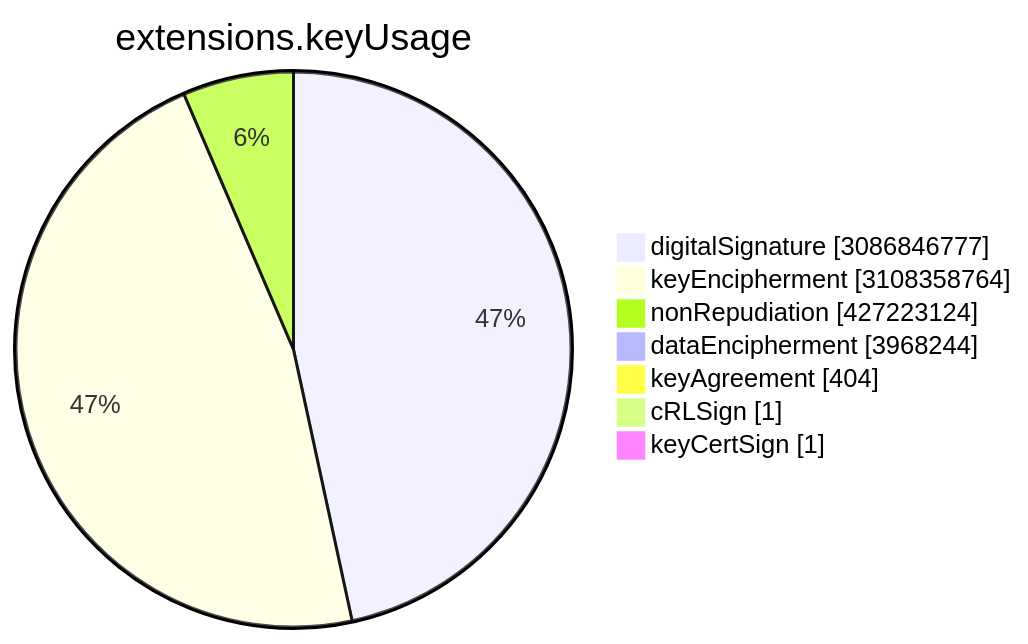
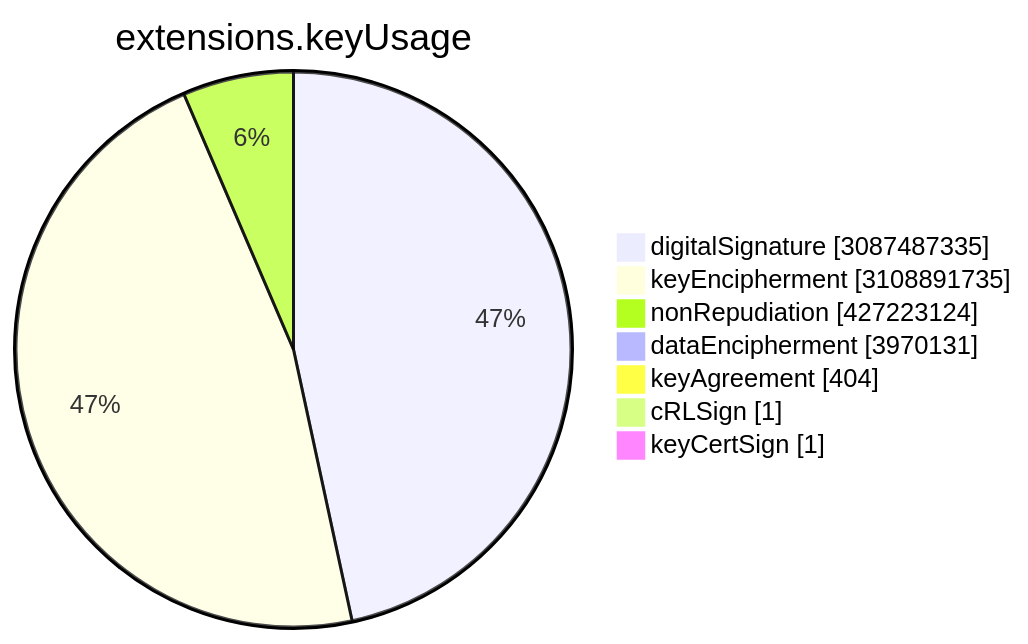
The sixth of 15 diagrams in TOTAL/README.md (christiankrug/ctmonitor_visualization), drawn with Mermaid before and after one commit. The commit also changed other lines of this file, not shown here.

````diff
--- a/TOTAL/README.md
+++ b/TOTAL/README.md
@@ -3077,11 +3077,11 @@
 ```mermaid
 pie showData
 title extensions.keyUsage
-"digitalSignature" :3086846777
-"keyEncipherment" :3108358764
+"digitalSignature" :3087487335
+"keyEncipherment" :3108891735
 "nonRepudiation" :427223124
-"dataEncipherment" :3968244
+"dataEncipherment" :3970131
 "keyAgreement" :404
 "cRLSign" :1
 "keyCertSign" :1
 ```
````
